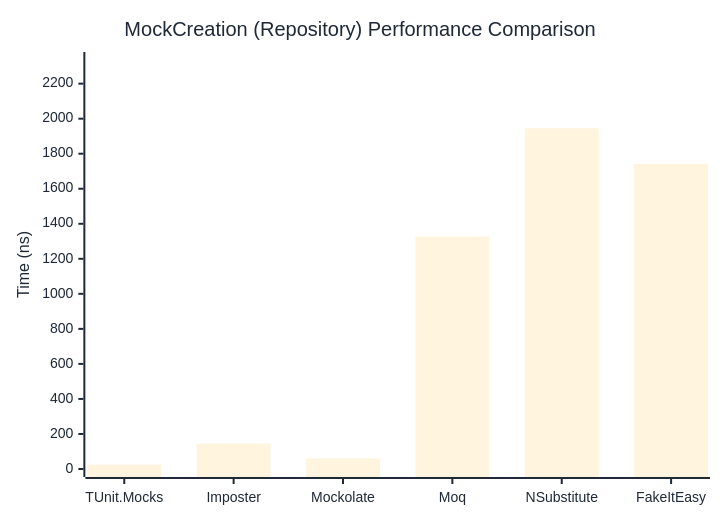
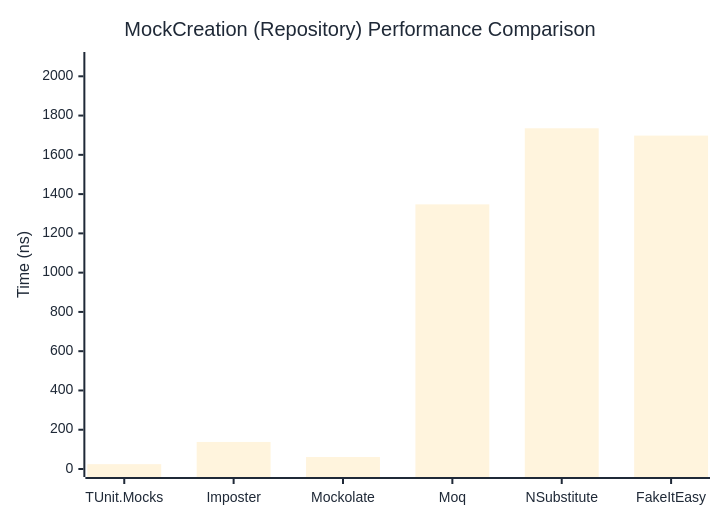
The second of 2 diagrams in docs/docs/benchmarks/mocks/MockCreation.md (thomhurst/TUnit), drawn with Mermaid before and after one commit. The commit also changed other lines of this file and 14 other files, not shown here.

````diff
--- a/docs/docs/benchmarks/mocks/MockCreation.md
+++ b/docs/docs/benchmarks/mocks/MockCreation.md
@@ -69,27 +69,27 @@
 ```mermaid
 %%{init: {
   'theme':'base',
   'themeVariables': {
     'primaryColor': '#2563eb',
     'primaryTextColor': '#1f2937',
     'primaryBorderColor': '#1e40af',
     'lineColor': '#6b7280',
     'secondaryColor': '#7c3aed',
     'tertiaryColor': '#dc2626',
     'background': '#ffffff',
     'pie1': '#2563eb',
     'pie2': '#7c3aed',
     'pie3': '#dc2626',
     'pie4': '#f59e0b',
     'pie5': '#10b981',
     'pie6': '#06b6d4',
     'pie7': '#ec4899',
     'pie8': '#6366f1'
   }
 }}%%
 xychart-beta
   title "MockCreation (Repository) Performance Comparison"
   x-axis ["TUnit.Mocks", "Imposter", "Mockolate", "Moq", "NSubstitute", "FakeItEasy"]
-  y-axis "Time (ns)" 0 --> 2335
-  bar [24.93, 144.92, 60.29, 1327.33, 1945.2, 1742.2]
+  y-axis "Time (ns)" 0 --> 2083
+  bar [24.62, 137.68, 60.99, 1347.79, 1735.34, 1698.01]
 ```
````
